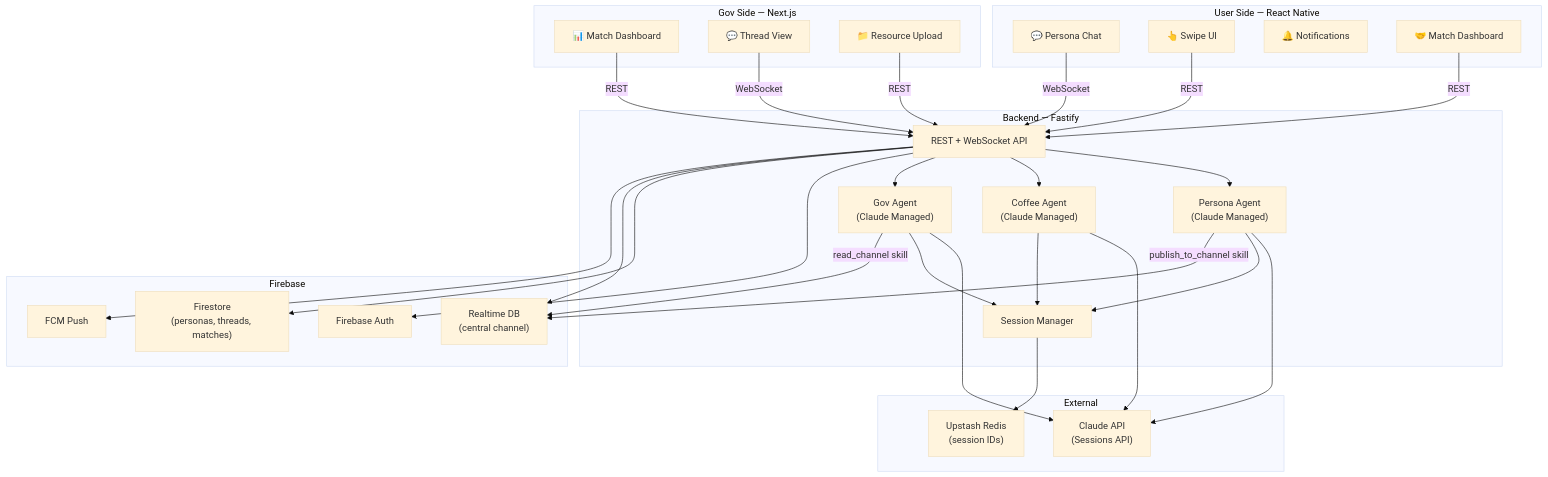
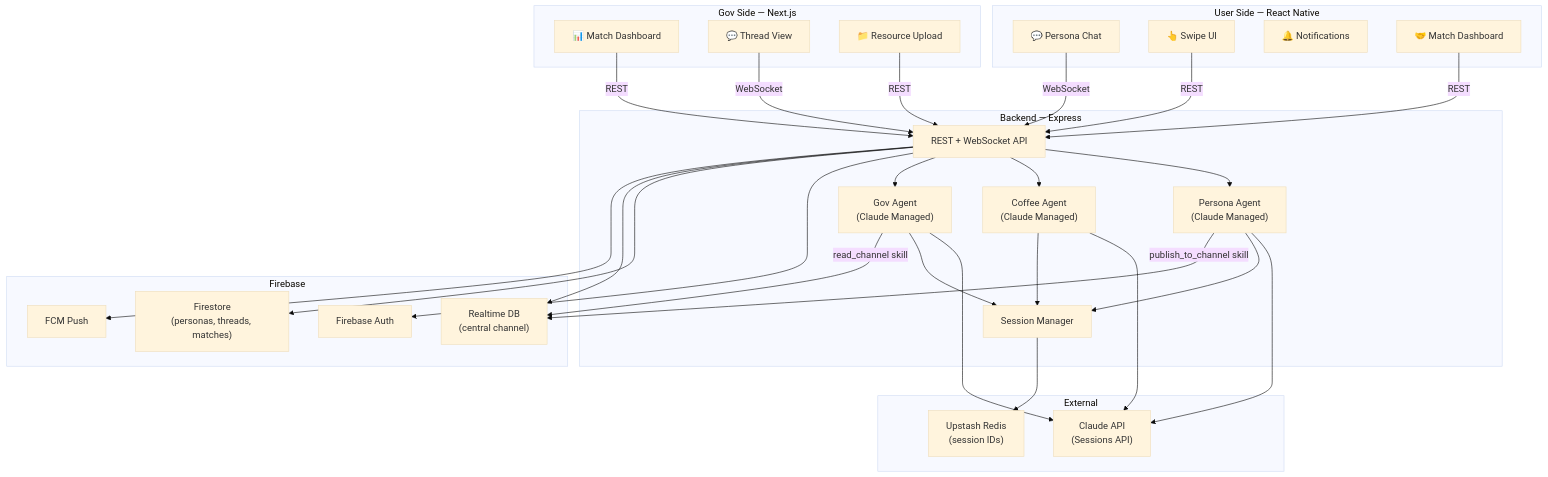
The diagram in plan.md (racercode/MATCHA), drawn with Mermaid (base theme) before and after one commit. The commit also changed other lines of this file and 13 other files, not shown here.

````diff
--- a/plan.md
+++ b/plan.md
@@ -19,63 +19,63 @@
 ```mermaid
 graph TB
     subgraph "User Side — React Native"
         RN_CHAT["💬 Persona Chat"]
         RN_SWIPE["👆 Swipe UI"]
         RN_NOTIF["🔔 Notifications"]
         RN_MATCH["🤝 Match Dashboard"]
     end
 
     subgraph "Gov Side — Next.js"
         WEB_DASH["📊 Match Dashboard"]
         WEB_THREAD["💬 Thread View"]
         WEB_UPLOAD["📁 Resource Upload"]
     end
 
-    subgraph "Backend — Fastify"
+    subgraph "Backend — Express"
         API["REST + WebSocket API"]
         PERSONA_AGENT["Persona Agent\n(Claude Managed)"]
         COFFEE_AGENT["Coffee Agent\n(Claude Managed)"]
         GOV_AGENT["Gov Agent\n(Claude Managed)"]
         SESSION["Session Manager"]
     end
 
     subgraph "Firebase"
         AUTH["Firebase Auth"]
         FS["Firestore\n(personas, threads, matches)"]
         RTDB["Realtime DB\n(central channel)"]
         FCM["FCM Push"]
     end
 
     subgraph "External"
         CLAUDE["Claude API\n(Sessions API)"]
         REDIS["Upstash Redis\n(session IDs)"]
     end
 
     RN_CHAT -- "WebSocket" --> API
     RN_SWIPE -- "REST" --> API
     RN_MATCH -- "REST" --> API
     WEB_DASH -- "REST" --> API
     WEB_THREAD -- "WebSocket" --> API
     WEB_UPLOAD -- "REST" --> API
 
     API --> PERSONA_AGENT
     API --> COFFEE_AGENT
     API --> GOV_AGENT
 
     PERSONA_AGENT --> CLAUDE
     COFFEE_AGENT --> CLAUDE
     GOV_AGENT --> CLAUDE
 
     SESSION --> REDIS
     PERSONA_AGENT --> SESSION
     COFFEE_AGENT --> SESSION
     GOV_AGENT --> SESSION
 
     API --> AUTH
     API --> FS
     API --> RTDB
     API --> FCM
 
     GOV_AGENT -- "read_channel skill" --> RTDB
     PERSONA_AGENT -- "publish_to_channel skill" --> RTDB
 ```
````
